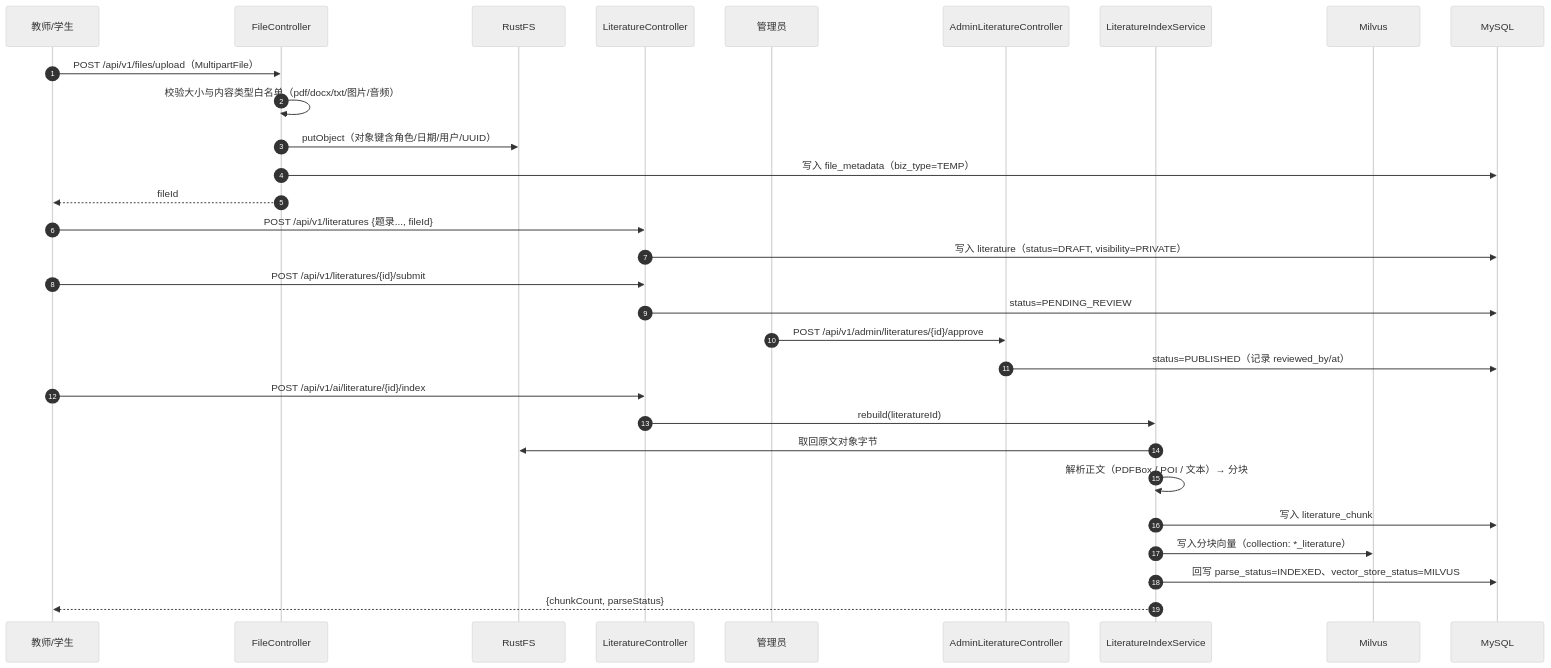
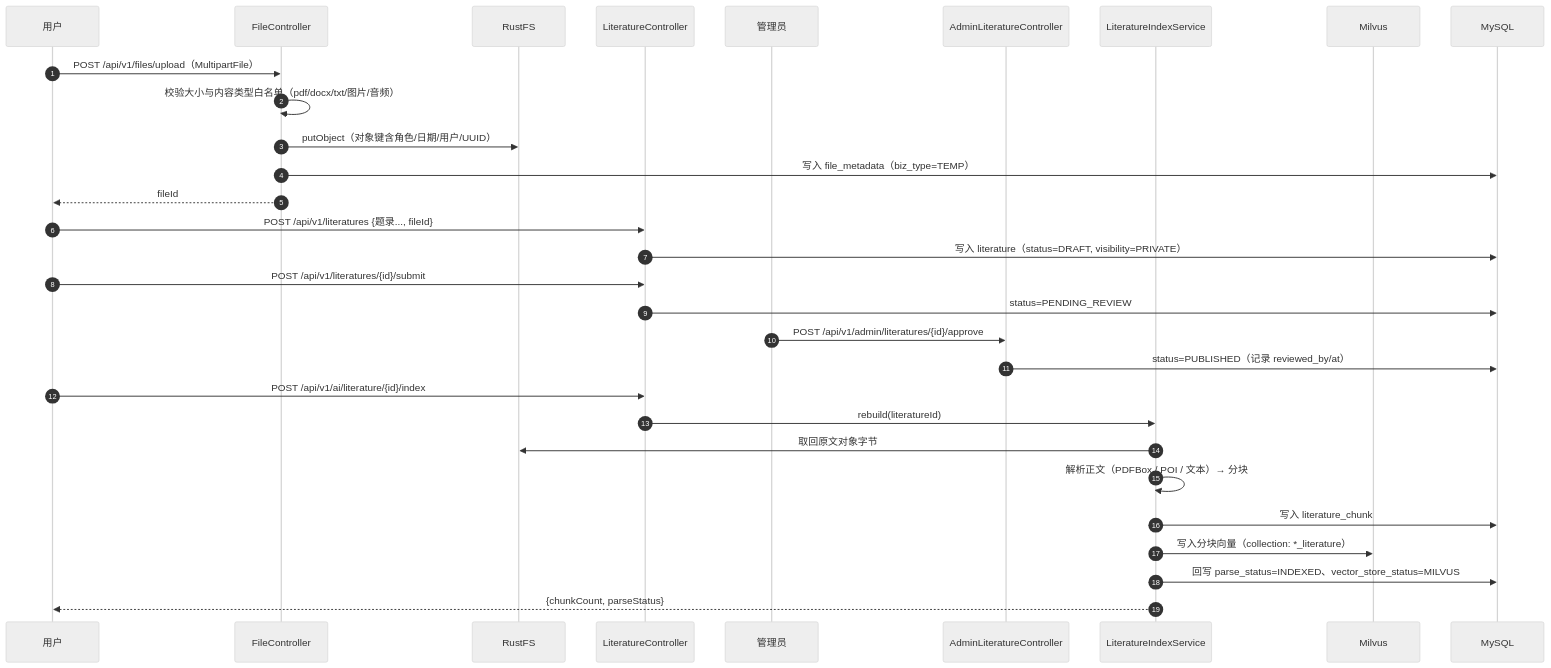
Diagram 11 of 13 in doc/AI图书馆文献检索与阅读助手-05-设计图表.md (MaouXY/ScholarMind), drawn with Mermaid (neutral theme) before and after one commit. The commit also changed other lines of this file and 47 other files, not shown here.

````diff
--- a/doc/AI图书馆文献检索与阅读助手-05-设计图表.md
+++ b/doc/AI图书馆文献检索与阅读助手-05-设计图表.md
@@ -531,36 +525,36 @@
 ```mermaid
 sequenceDiagram
     autonumber
-    participant T as 教师/学生
+    participant T as 用户
     participant FC as FileController
     participant RS as RustFS
     participant LC as LiteratureController
     participant AD as 管理员
     participant AC as AdminLiteratureController
     participant IX as LiteratureIndexService
     participant MV as Milvus
     participant DB as MySQL
 
     T->>FC: POST /api/v1/files/upload（MultipartFile）
     FC->>FC: 校验大小与内容类型白名单（pdf/docx/txt/图片/音频）
     FC->>RS: putObject（对象键含角色/日期/用户/UUID）
     FC->>DB: 写入 file_metadata（biz_type=TEMP）
     FC-->>T: fileId
 
     T->>LC: POST /api/v1/literatures {题录..., fileId}
     LC->>DB: 写入 literature（status=DRAFT, visibility=PRIVATE）
     T->>LC: POST /api/v1/literatures/{id}/submit
     LC->>DB: status=PENDING_REVIEW
 
     AD->>AC: POST /api/v1/admin/literatures/{id}/approve
     AC->>DB: status=PUBLISHED（记录 reviewed_by/at）
 
     T->>LC: POST /api/v1/ai/literature/{id}/index
     LC->>IX: rebuild(literatureId)
     IX->>RS: 取回原文对象字节
     IX->>IX: 解析正文（PDFBox / POI / 文本）→ 分块
     IX->>DB: 写入 literature_chunk
     IX->>MV: 写入分块向量（collection: *_literature）
     IX->>DB: 回写 parse_status=INDEXED、vector_store_status=MILVUS
     IX-->>T: {chunkCount, parseStatus}
 ```
````
